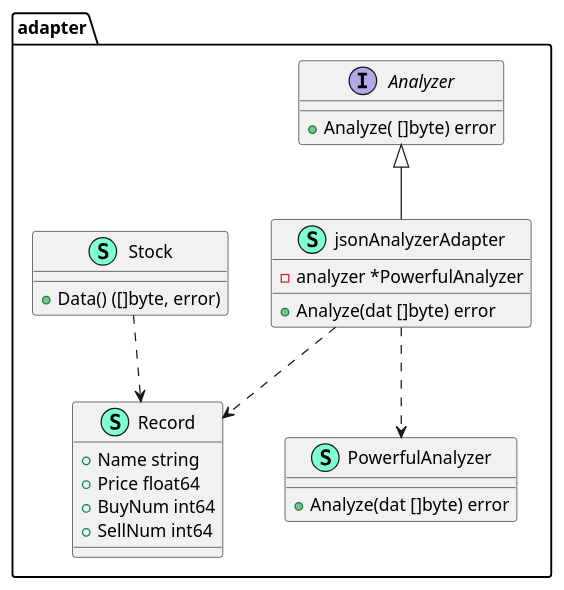
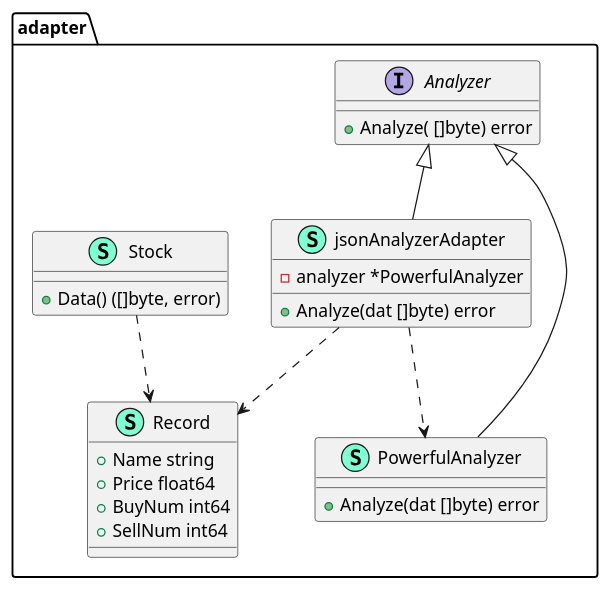
Before and after one commit to hitzhangjie/go-patterns: the diagram in structural/1_adapter/file.puml, drawn with PlantUML. The commit also changed 5 other files, not shown here.

Commit message:
fix: updated UML for adapter

```diff
--- a/structural/1_adapter/file.puml
+++ b/structural/1_adapter/file.puml
@@ -1,37 +1,35 @@
 @startuml
 namespace adapter {
     interface Analyzer  {
         + Analyze( []byte) error
 
     }
     class PowerfulAnalyzer << (S,Aquamarine) >> {
         + Analyze(dat []byte) error
 
     }
     class Record << (S,Aquamarine) >> {
         + Name string
         + Price float64
         + BuyNum int64
         + SellNum int64
 
     }
     class Stock << (S,Aquamarine) >> {
         + Data() ([]byte, error)
 
     }
     class jsonAnalyzerAdapter << (S,Aquamarine) >> {
         - analyzer *PowerfulAnalyzer
 
         + Analyze(dat []byte) error
 
     }
 }
 
+"adapter.Analyzer" <|-- "adapter.PowerfulAnalyzer"
 "adapter.Analyzer" <|-- "adapter.jsonAnalyzerAdapter"
-
+"adapter.Stock" ..> "adapter.Record"
+"adapter.jsonAnalyzerAdapter" ..> "adapter.Record"
 "adapter.jsonAnalyzerAdapter" ..> "adapter.PowerfulAnalyzer"
-"adapter.jsonAnalyzerAdapter" ..> "adapter.Record"
-
-"adapter.Stock" ..> "adapter.Record"
-
 @enduml
```
